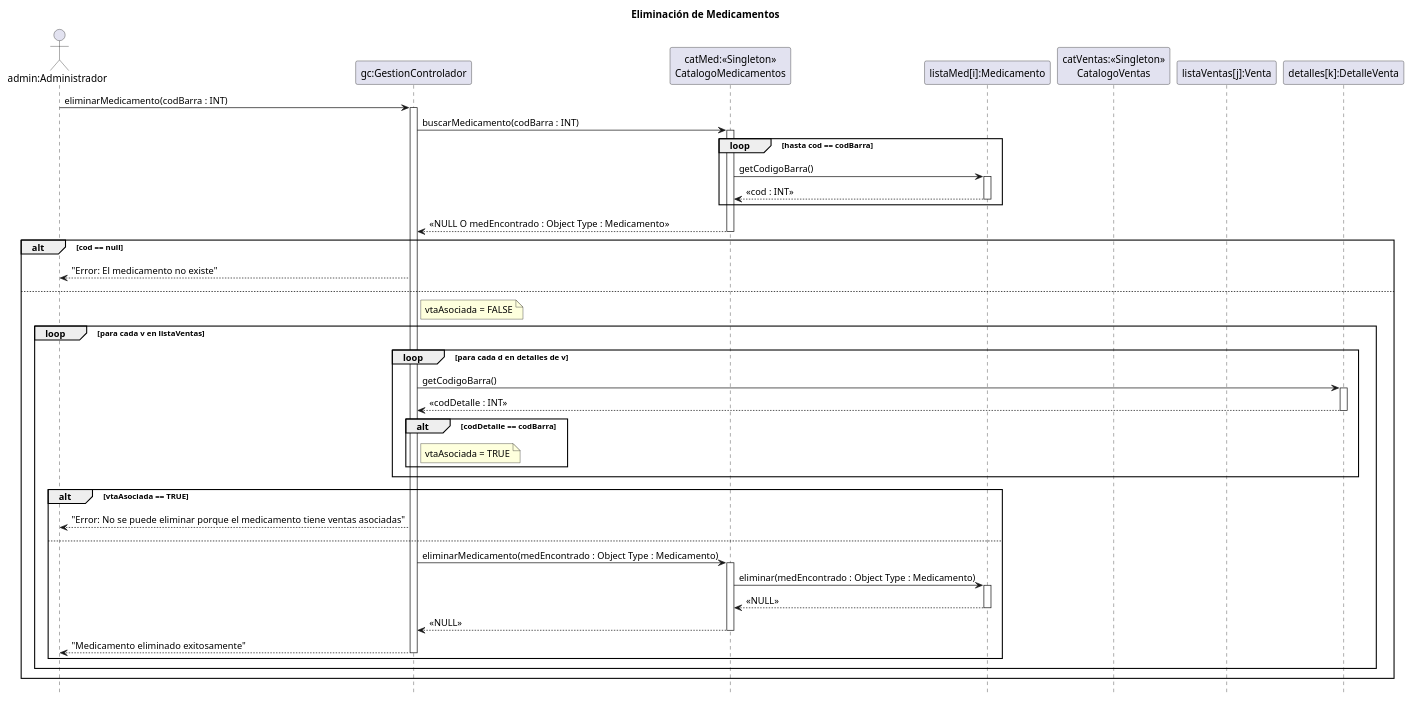
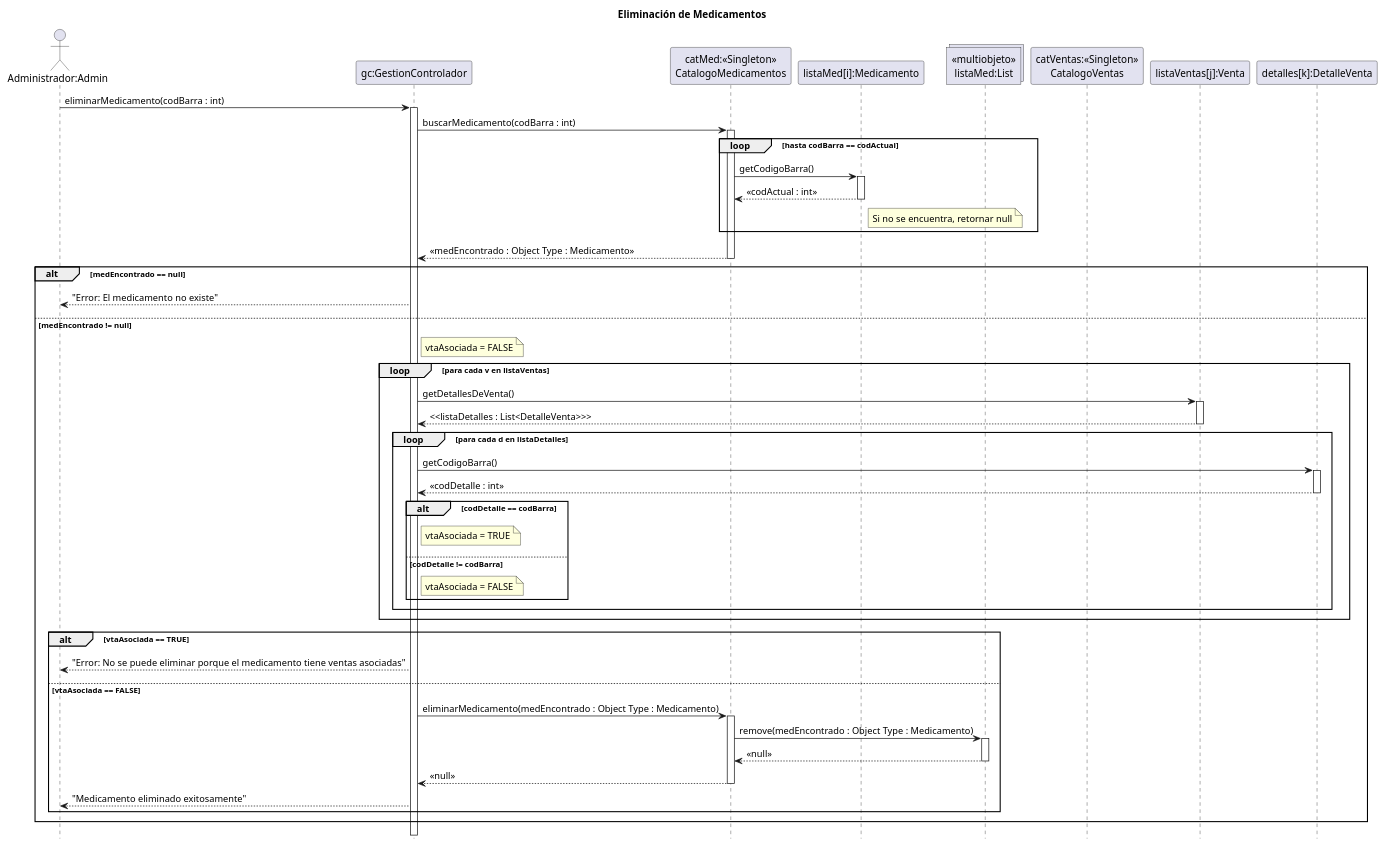
The diagram in 08 - Diagramas de Secuencia de Diseño/EliminaciondeMedicamento/EliminacionMedicamentos.puml (zEzequR/PF-I), drawn with PlantUML before and after one commit. The commit also changed 17 other files, not shown here.

```diff
--- a/08 - Diagramas de Secuencia de Diseño/EliminaciondeMedicamento/EliminacionMedicamentos.puml
+++ b/08 - Diagramas de Secuencia de Diseño/EliminaciondeMedicamento/EliminacionMedicamentos.puml
@@ -1,72 +1,95 @@
 @startuml
 !pragma teoz true
 hide footbox
 title Eliminación de Medicamentos
 
-actor "admin:Administrador" as admin
+actor "Administrador:Admin" as admin
 participant "gc:GestionControlador" as gc
 participant "catMed:<<Singleton>>\nCatalogoMedicamentos" as catMed
 participant "listaMed[i]:Medicamento" as arrayMed
+collections "<<multiobjeto>>\nlistaMed:List" as lista_med
 participant "catVentas:<<Singleton>>\nCatalogoVentas" as catVentas
 participant "listaVentas[j]:Venta" as arrayVentas
 participant "detalles[k]:DetalleVenta" as arrayDetalles
 
-' =================================================================
-' INICIO
-' =================================================================
-admin -> gc : eliminarMedicamento(codBarra : INT)
+admin -> gc : eliminarMedicamento(codBarra : int)
 activate gc
 
-' -----------------------------------------------------------------
-' PASO 1: BUSCAR EL MEDICAMENTO (Para confirmar que existe)
-' -----------------------------------------------------------------
-gc -> catMed : buscarMedicamento(codBarra : INT)
+gc -> catMed : buscarMedicamento(codBarra : int)
 activate catMed
 
-    loop hasta cod == codBarra
-        catMed -> arrayMed : getCodigoBarra()
-        activate arrayMed
-        arrayMed --> catMed : <<cod : INT>>
-        deactivate arrayMed
-    end
-    catMed --> gc : << NULL O medEncontrado : Object Type : Medicamento>>
-    deactivate catMed
-' -----------------------------------------------------------------
-' PASO 2: VALIDACIÓN (Req 4.a - Verificar asociación con Ventas)
-' -----------------------------------------------------------------
-alt cod == null
+loop hasta codBarra == codActual
+    catMed -> arrayMed : getCodigoBarra()
+    activate arrayMed
+    arrayMed --> catMed : <<codActual : int>>
+    
+    note right of arrayMed : Si no se encuentra, retornar null
+    
+    deactivate arrayMed
+end
+
+catMed --> gc : <<medEncontrado : Object Type : Medicamento>>
+deactivate catMed
+
+
+alt medEncontrado == null
+    
     gc --> admin : "Error: El medicamento no existe"
-else
+    
+else medEncontrado != null
+    
     note right of gc
         vtaAsociada = FALSE
     end note
+    
     loop para cada v en listaVentas
-        loop para cada d en detalles de v
+        
+        gc -> arrayVentas : getDetallesDeVenta()
+        activate arrayVentas
+        arrayVentas --> gc : <<listaDetalles : List<DetalleVenta>>>
+        deactivate arrayVentas
+        
+        loop para cada d en listaDetalles
             gc -> arrayDetalles : getCodigoBarra()
             activate arrayDetalles
-            arrayDetalles --> gc : <<codDetalle : INT>>
+            arrayDetalles --> gc : <<codDetalle : int>>
             deactivate arrayDetalles
+            
             alt codDetalle == codBarra
                 note right of gc
                     vtaAsociada = TRUE
                 end note
+            else codDetalle != codBarra
+                note right of gc
+                    vtaAsociada = FALSE
+                end note
+            end
+            
         end
     end
-' -----------------------------------------------------------------
-' PASO 3: ELIMINAR - DEVOLVER MENSAJE DE ERROR
-' -----------------------------------------------------------------
-alt vtaAsociada == TRUE
-    gc --> admin : "Error: No se puede eliminar porque el medicamento tiene ventas asociadas"
-else
-    gc -> catMed : eliminarMedicamento(medEncontrado : Object Type : Medicamento)
-    activate catMed
-    catMed -> arrayMed : eliminar(medEncontrado : Object Type : Medicamento)
-    activate arrayMed
-    arrayMed --> catMed : <<NULL>>
-    deactivate arrayMed
-    catMed --> gc : <<NULL>>
-    deactivate catMed
-    gc --> admin : "Medicamento eliminado exitosamente"
-    deactivate gc
+
+    alt vtaAsociada == TRUE
+        
+        gc --> admin : "Error: No se puede eliminar porque el medicamento tiene ventas asociadas"
+        
+    else vtaAsociada == FALSE
+        
+        gc -> catMed : eliminarMedicamento(medEncontrado : Object Type : Medicamento)
+        activate catMed
+        
+        catMed -> lista_med : remove(medEncontrado : Object Type : Medicamento)
+        activate lista_med
+        lista_med --> catMed : <<null>>
+        deactivate lista_med
+        
+        catMed --> gc : <<null>>
+        deactivate catMed
+        
+        gc --> admin : "Medicamento eliminado exitosamente"
+        
+    end
+
 end
+
+deactivate gc
 @enduml
```
